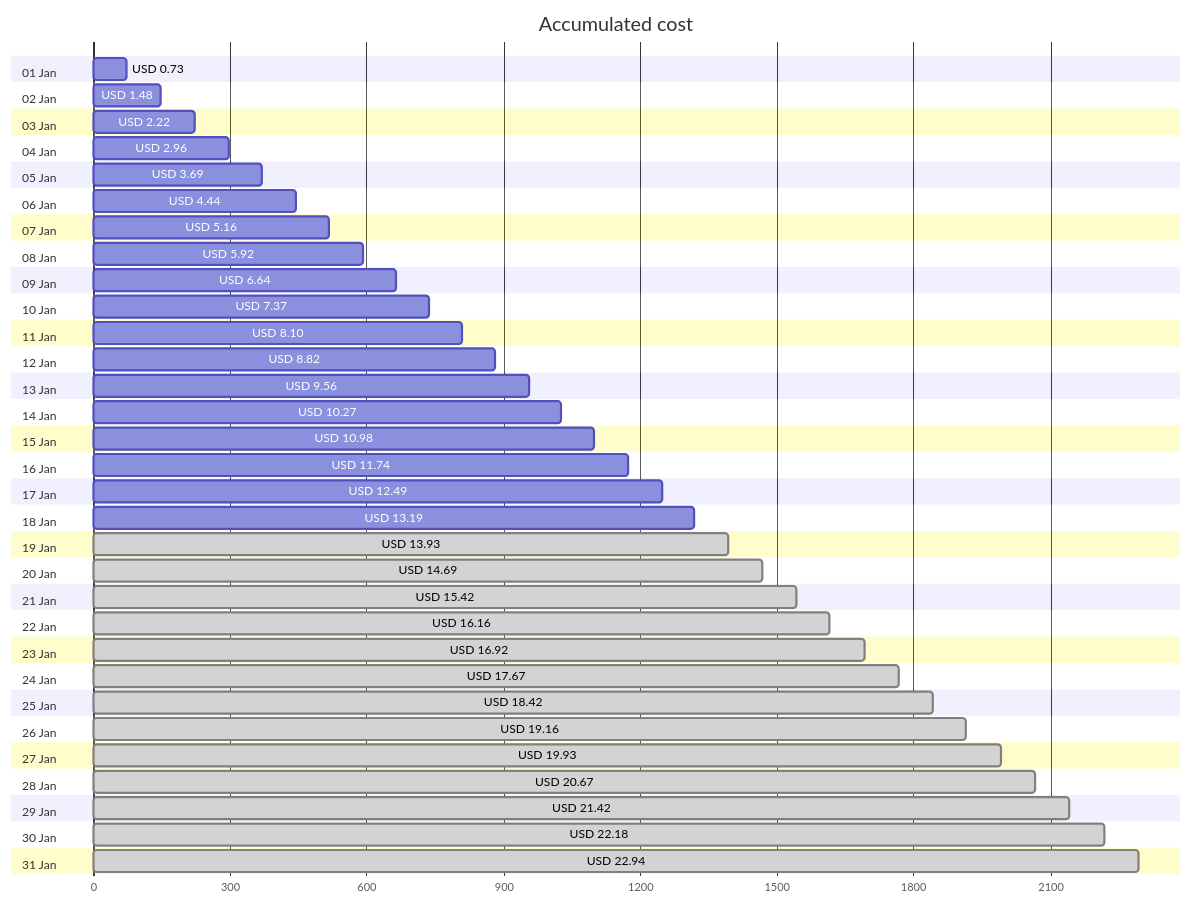
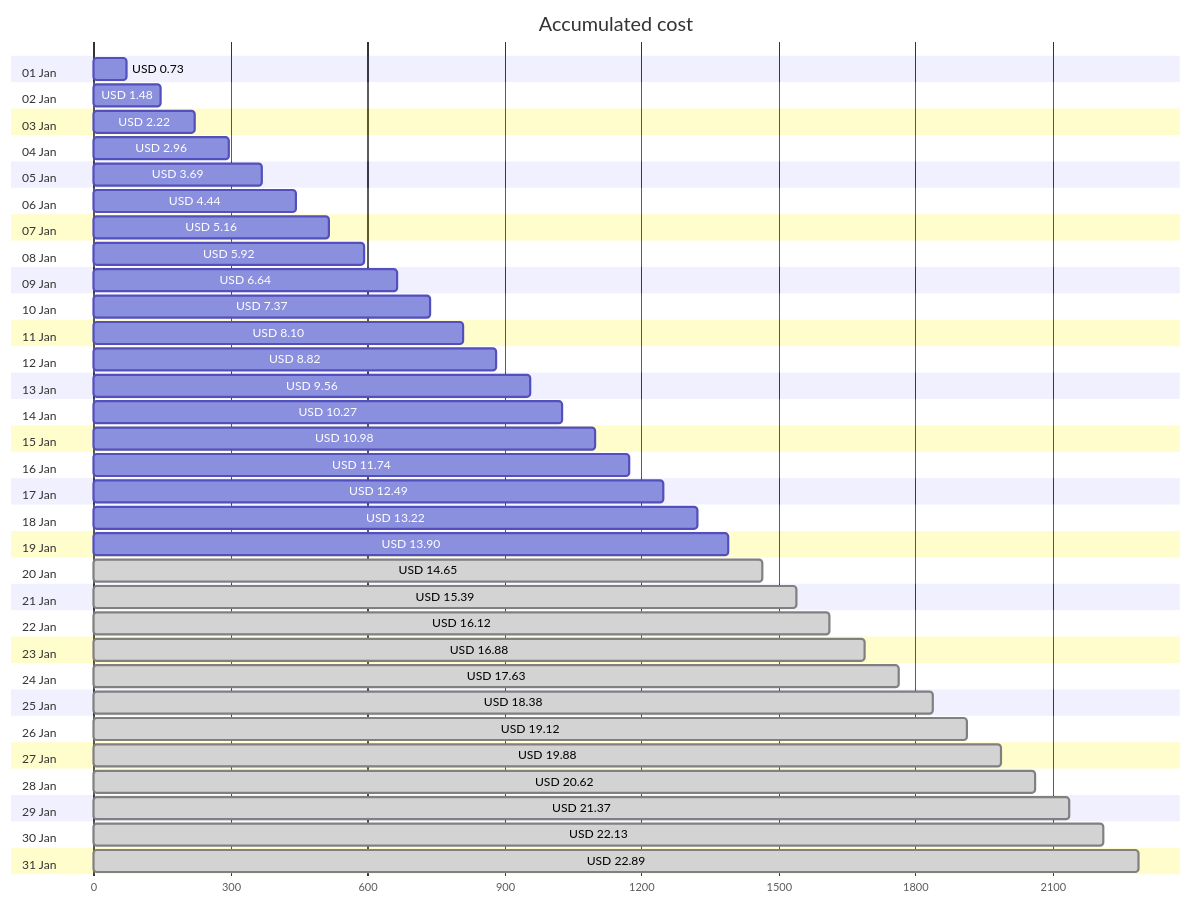
The first of 4 diagrams in cost-reports/personal-network/backup-server-data-disk.md (jpfulton/azure-personal-reports), drawn with Mermaid before and after one commit. The commit also changed other lines of this file and 7 other files, not shown here.

````diff
--- a/cost-reports/personal-network/backup-server-data-disk.md
+++ b/cost-reports/personal-network/backup-server-data-disk.md
@@ -20,68 +20,68 @@
 ```mermaid
 gantt
    title Accumulated cost
    dateFormat  X
    axisFormat %s
    section 01 Jan
    USD 0.73 :0, 73
    section 02 Jan
    USD 1.48 :0, 148
    section 03 Jan
    USD 2.22 :0, 222
    section 04 Jan
    USD 2.96 :0, 296
    section 05 Jan
    USD 3.69 :0, 369
    section 06 Jan
    USD 4.44 :0, 444
    section 07 Jan
    USD 5.16 :0, 516
    section 08 Jan
    USD 5.92 :0, 592
    section 09 Jan
    USD 6.64 :0, 664
    section 10 Jan
    USD 7.37 :0, 737
    section 11 Jan
    USD 8.10 :0, 810
    section 12 Jan
    USD 8.82 :0, 882
    section 13 Jan
    USD 9.56 :0, 956
    section 14 Jan
    USD 10.27 :0, 1027
    section 15 Jan
    USD 10.98 :0, 1098
    section 16 Jan
    USD 11.74 :0, 1174
    section 17 Jan
    USD 12.49 :0, 1249
    section 18 Jan
-   USD 13.19 :0, 1319
+   USD 13.22 :0, 1322
    section 19 Jan
-   USD 13.93 : done, 0, 1393
+   USD 13.90 :0, 1390
    section 20 Jan
-   USD 14.69 : done, 0, 1469
+   USD 14.65 : done, 0, 1465
    section 21 Jan
-   USD 15.42 : done, 0, 1542
+   USD 15.39 : done, 0, 1539
    section 22 Jan
-   USD 16.16 : done, 0, 1616
+   USD 16.12 : done, 0, 1612
    section 23 Jan
-   USD 16.92 : done, 0, 1692
+   USD 16.88 : done, 0, 1688
    section 24 Jan
-   USD 17.67 : done, 0, 1767
+   USD 17.63 : done, 0, 1763
    section 25 Jan
-   USD 18.42 : done, 0, 1842
+   USD 18.38 : done, 0, 1838
    section 26 Jan
-   USD 19.16 : done, 0, 1916
+   USD 19.12 : done, 0, 1912
    section 27 Jan
-   USD 19.93 : done, 0, 1993
+   USD 19.88 : done, 0, 1988
    section 28 Jan
-   USD 20.67 : done, 0, 2067
+   USD 20.62 : done, 0, 2062
    section 29 Jan
-   USD 21.42 : done, 0, 2142
+   USD 21.37 : done, 0, 2137
    section 30 Jan
-   USD 22.18 : done, 0, 2218
+   USD 22.13 : done, 0, 2213
    section 31 Jan
-   USD 22.94 : done, 0, 2294
+   USD 22.89 : done, 0, 2289
 ```
````
